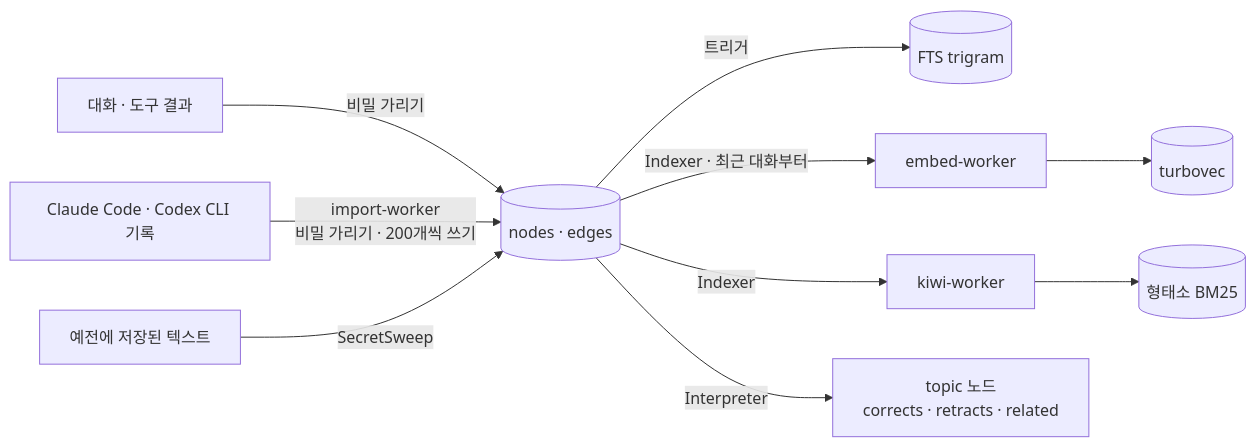
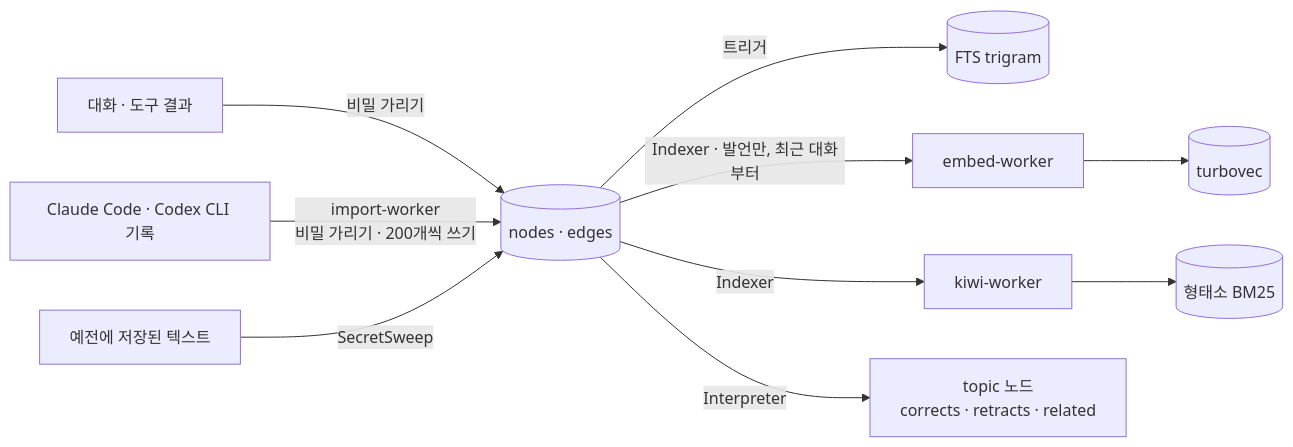
The third of 3 diagrams in README.md (CreeJee/context-generactive-ai-agent), drawn with Mermaid before and after one commit. The commit also changed other lines of this file and 9 other files, not shown here.

````diff
--- a/README.md
+++ b/README.md
@@ -110,10 +110,10 @@
 ```mermaid
 flowchart LR
   Live["대화 · 도구 결과"] -->|비밀 가리기| Nodes
   Other["Claude Code · Codex CLI 기록"] -->|import-worker<br/>비밀 가리기 · 200개씩 쓰기| Nodes
   Old["예전에 저장된 텍스트"] -->|SecretSweep| Nodes
   Nodes[("nodes · edges")] -->|트리거| FTS[("FTS trigram")]
-  Nodes -->|Indexer · 최근 대화부터| Embed["embed-worker"] --> Vec[("turbovec")]
+  Nodes -->|Indexer · 발언만, 최근 대화부터| Embed["embed-worker"] --> Vec[("turbovec")]
   Nodes -->|Indexer| Kiwi["kiwi-worker"] --> Morph[("형태소 BM25")]
   Nodes -->|Interpreter| Topics["topic 노드<br/>corrects · retracts · related"]
 ```
````
